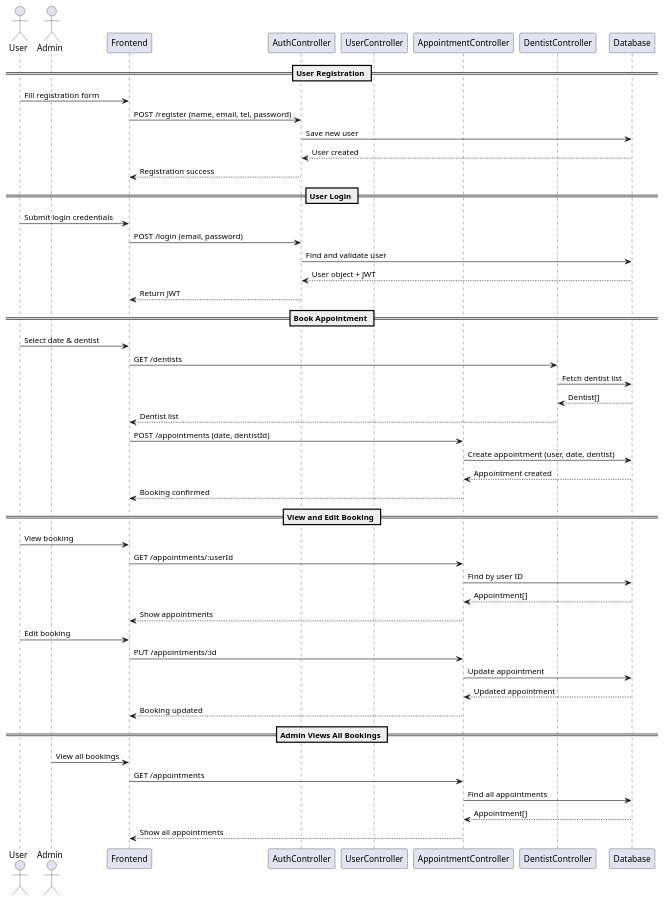
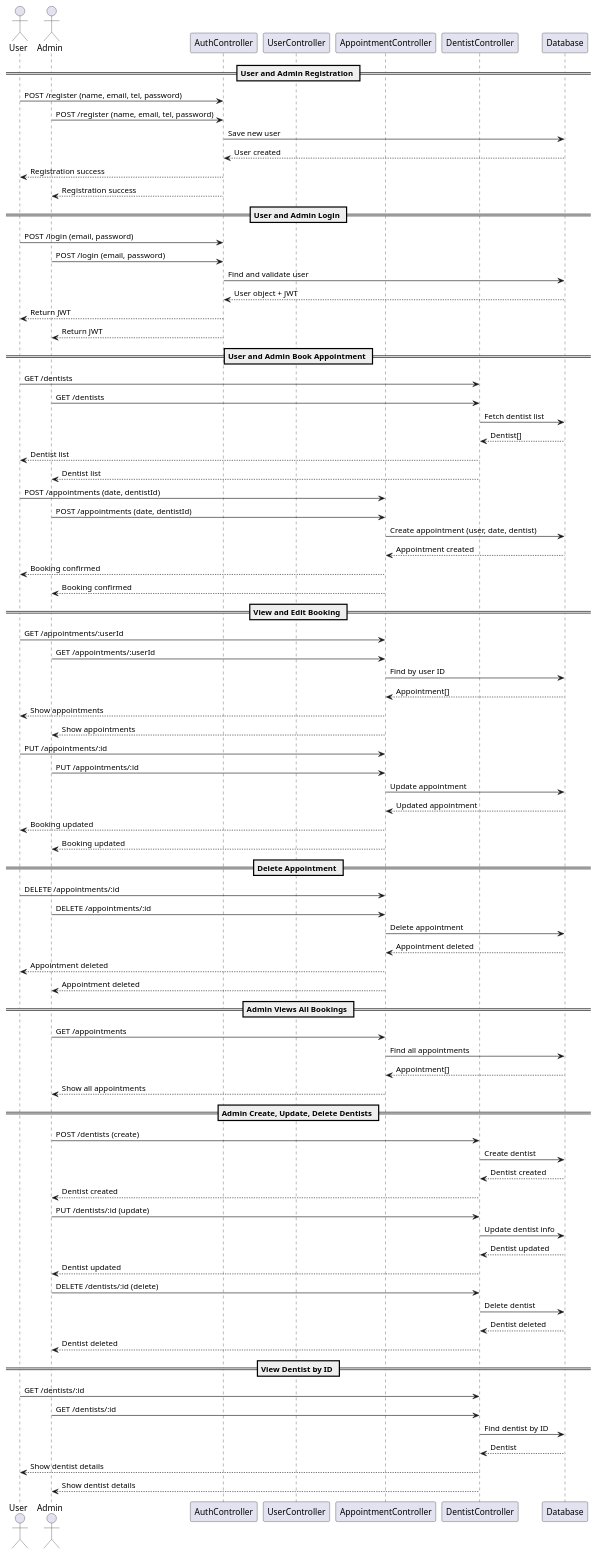
Before and after one commit to PatMSK/SWdevprac-project: the diagram in plantuml/sequence.puml, drawn with PlantUML. The commit also changed 1 other file, not shown here.

Commit message:
update diagram 5

```diff
--- a/plantuml/sequence.puml
+++ b/plantuml/sequence.puml
@@ -1,57 +1,95 @@
 @startuml
 actor User
 actor Admin
 
-participant "Frontend" as FE
 participant "AuthController" as Auth
 participant "UserController" as UserCtrl
 participant "AppointmentController" as ApptCtrl
 participant "DentistController" as DentistCtrl
 participant "Database" as DB
 
-== User Registration ==
-User -> FE : Fill registration form
-FE -> Auth : POST /register (name, email, tel, password)
+== User and Admin Registration ==
+User -> Auth : POST /register (name, email, tel, password)
+Admin -> Auth : POST /register (name, email, tel, password)
 Auth -> DB : Save new user
 DB --> Auth : User created
-Auth --> FE : Registration success
+Auth --> User : Registration success
+Auth --> Admin : Registration success
 
-== User Login ==
-User -> FE : Submit login credentials
-FE -> Auth : POST /login (email, password)
+== User and Admin Login ==
+User -> Auth : POST /login (email, password)
+Admin -> Auth : POST /login (email, password)
 Auth -> DB : Find and validate user
 DB --> Auth : User object + JWT
-Auth --> FE : Return JWT
+Auth --> User : Return JWT
+Auth --> Admin : Return JWT
 
-== Book Appointment ==
-User -> FE : Select date & dentist
-FE -> DentistCtrl : GET /dentists
+== User and Admin Book Appointment ==
+User -> DentistCtrl : GET /dentists
+Admin -> DentistCtrl : GET /dentists
 DentistCtrl -> DB : Fetch dentist list
 DB --> DentistCtrl : Dentist[]
-DentistCtrl --> FE : Dentist list
+DentistCtrl --> User : Dentist list
+DentistCtrl --> Admin : Dentist list
 
-FE -> ApptCtrl : POST /appointments (date, dentistId)
+User -> ApptCtrl : POST /appointments (date, dentistId)
+Admin -> ApptCtrl : POST /appointments (date, dentistId)
 ApptCtrl -> DB : Create appointment (user, date, dentist)
 DB --> ApptCtrl : Appointment created
-ApptCtrl --> FE : Booking confirmed
+ApptCtrl --> User : Booking confirmed
+ApptCtrl --> Admin : Booking confirmed
 
 == View and Edit Booking ==
-User -> FE : View booking
-FE -> ApptCtrl : GET /appointments/:userId
+User -> ApptCtrl : GET /appointments/:userId
+Admin -> ApptCtrl : GET /appointments/:userId
 ApptCtrl -> DB : Find by user ID
 DB --> ApptCtrl : Appointment[]
-ApptCtrl --> FE : Show appointments
+ApptCtrl --> User : Show appointments
+ApptCtrl --> Admin : Show appointments
 
-User -> FE : Edit booking
-FE -> ApptCtrl : PUT /appointments/:id
+User -> ApptCtrl : PUT /appointments/:id
+Admin -> ApptCtrl : PUT /appointments/:id
 ApptCtrl -> DB : Update appointment
 DB --> ApptCtrl : Updated appointment
-ApptCtrl --> FE : Booking updated
+ApptCtrl --> User : Booking updated
+ApptCtrl --> Admin : Booking updated
+
+== Delete Appointment ==
+User -> ApptCtrl : DELETE /appointments/:id
+Admin -> ApptCtrl : DELETE /appointments/:id
+ApptCtrl -> DB : Delete appointment
+DB --> ApptCtrl : Appointment deleted
+ApptCtrl --> User : Appointment deleted
+ApptCtrl --> Admin : Appointment deleted
 
 == Admin Views All Bookings ==
-Admin -> FE : View all bookings
-FE -> ApptCtrl : GET /appointments
+Admin -> ApptCtrl : GET /appointments
 ApptCtrl -> DB : Find all appointments
 DB --> ApptCtrl : Appointment[]
-ApptCtrl --> FE : Show all appointments
+ApptCtrl --> Admin : Show all appointments
+
+== Admin Create, Update, Delete Dentists ==
+Admin -> DentistCtrl : POST /dentists (create)
+DentistCtrl -> DB : Create dentist
+DB --> DentistCtrl : Dentist created
+DentistCtrl --> Admin : Dentist created
+
+Admin -> DentistCtrl : PUT /dentists/:id (update)
+DentistCtrl -> DB : Update dentist info
+DB --> DentistCtrl : Dentist updated
+DentistCtrl --> Admin : Dentist updated
+
+Admin -> DentistCtrl : DELETE /dentists/:id (delete)
+DentistCtrl -> DB : Delete dentist
+DB --> DentistCtrl : Dentist deleted
+DentistCtrl --> Admin : Dentist deleted
+
+== View Dentist by ID ==
+User -> DentistCtrl : GET /dentists/:id
+Admin -> DentistCtrl : GET /dentists/:id
+DentistCtrl -> DB : Find dentist by ID
+DB --> DentistCtrl : Dentist
+DentistCtrl --> User : Show dentist details
+DentistCtrl --> Admin : Show dentist details
+
 @enduml
```
